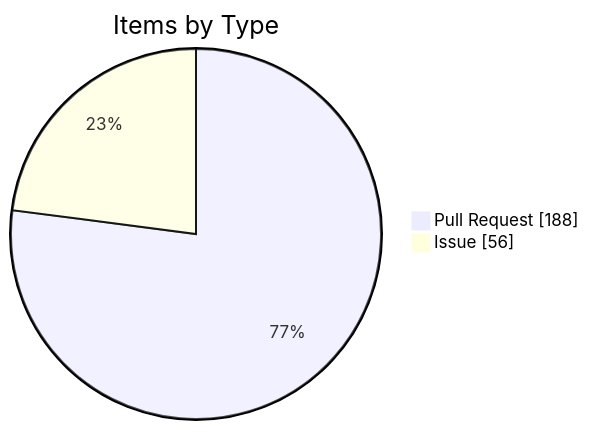
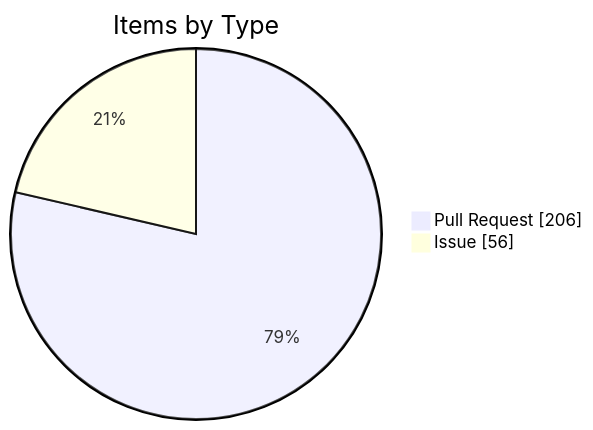
The fourth of 4 diagrams in apps/kbve/astro-kbve/src/content/docs/dashboard/kanban-data.mdx (KBVE/kbve), drawn with Mermaid before and after one commit. The commit also changed other lines of this file and 8 other files, not shown here.

````diff
--- a/apps/kbve/astro-kbve/src/content/docs/dashboard/kanban-data.mdx
+++ b/apps/kbve/astro-kbve/src/content/docs/dashboard/kanban-data.mdx
@@ -116,6 +115,6 @@
 ```mermaid
 pie showData
     title Items by Type
-    "Pull Request" : 188
+    "Pull Request" : 206
     "Issue" : 56
 ```
````
